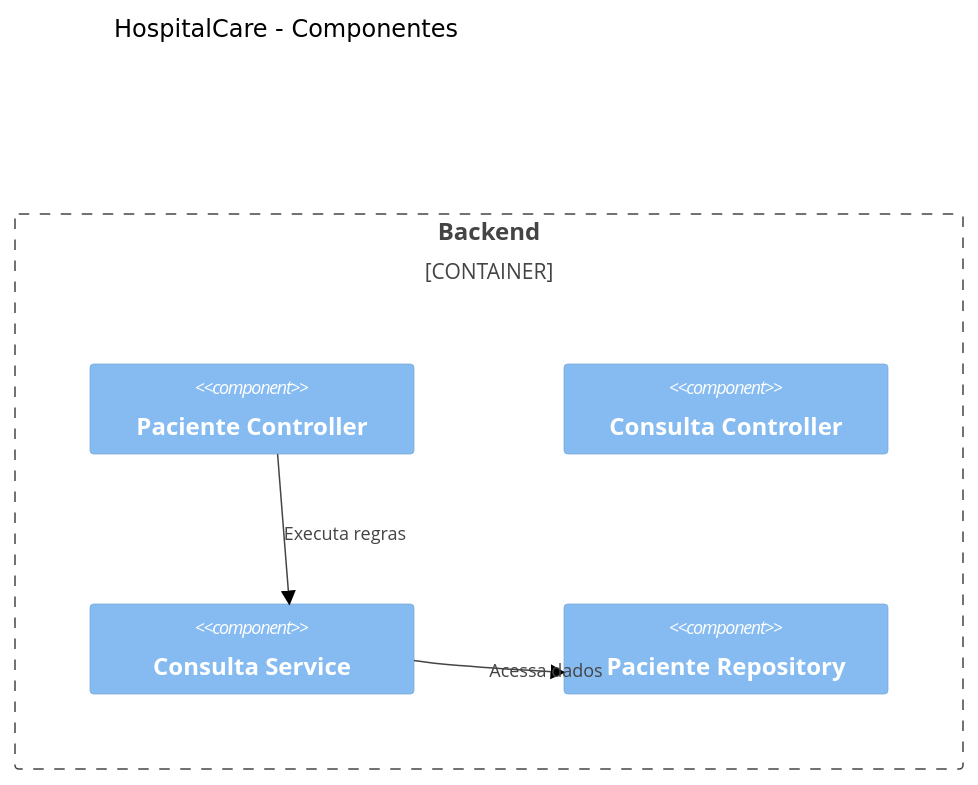
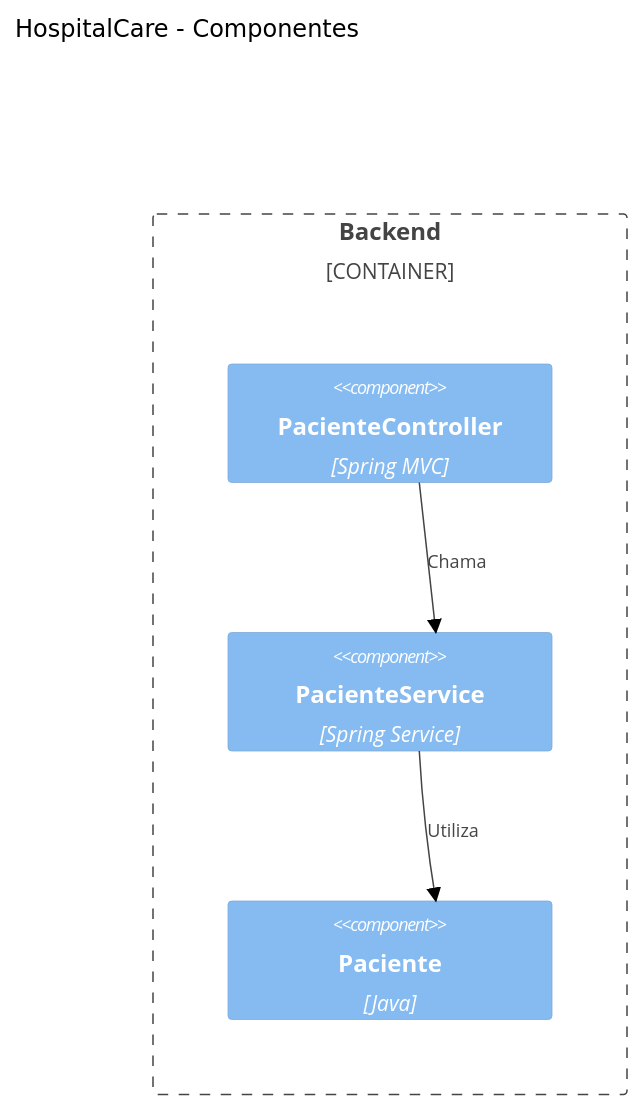
Before and after one commit to LuccaFelipeR/ArquiteturaDeSoftware: the diagram in aula-2/c3-component.mmd, drawn with Mermaid (forest theme). The commit also changed 1 other file, not shown here.

Commit message:
Finaliza entrega da Aula 2 com diagramas C4 do HospitalCare

```diff
--- a/aula-2/c3-component.mmd
+++ b/aula-2/c3-component.mmd
@@ -1,12 +1,14 @@
+
 C4Component
 title HospitalCare - Componentes
 
-Container_Boundary(api, "Backend"){
-Component(pacienteController, "Paciente Controller")
-Component(consultaController, "Consulta Controller")
-Component(service, "Consulta Service")
-Component(repository, "Paciente Repository")
+Container_Boundary(api, "Backend") {
+    Component(controller, "PacienteController", "Spring MVC")
+    Component(service, "PacienteService", "Spring Service")
+    Component(model, "Paciente", "Java")
 }
 
-Rel(pacienteController, service, "Executa regras")
-Rel(service, repository, "Acessa dados")
+Rel(controller, service, "Chama")
+Rel(service, model, "Utiliza")
+
+UpdateLayoutConfig($c4ShapeInRow="1", $c4BoundaryInRow="1")
```
